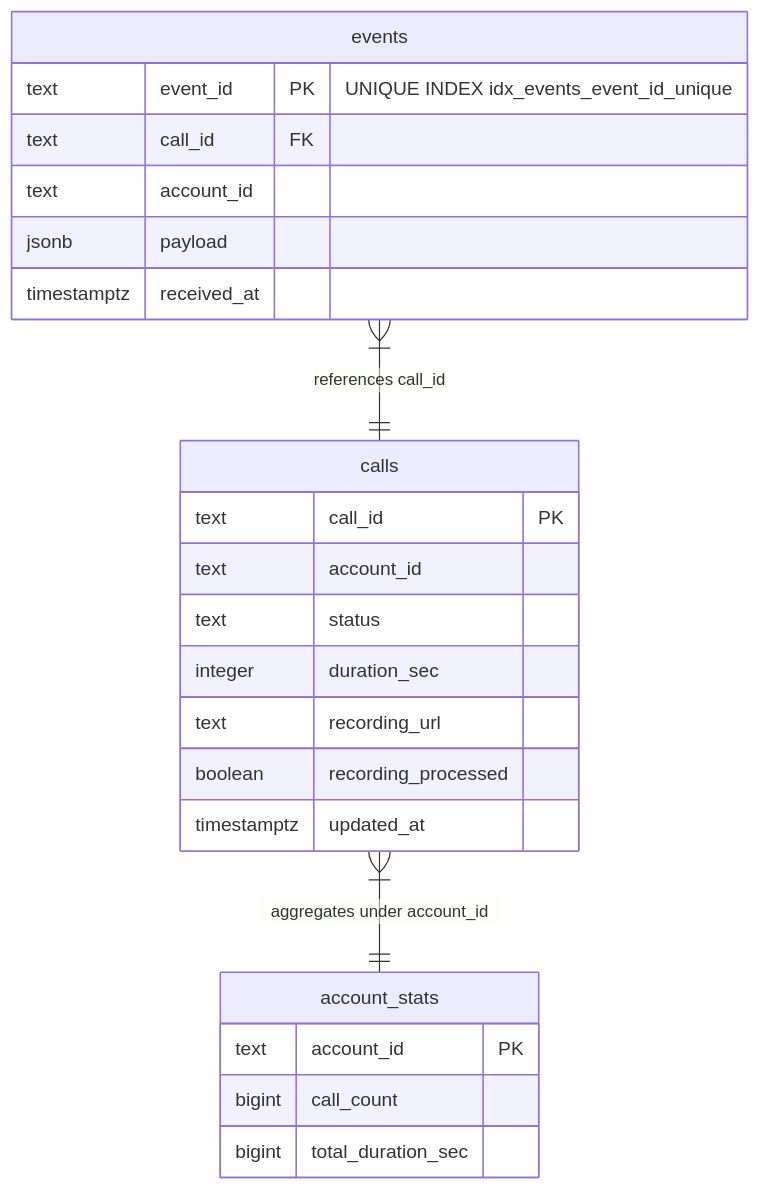
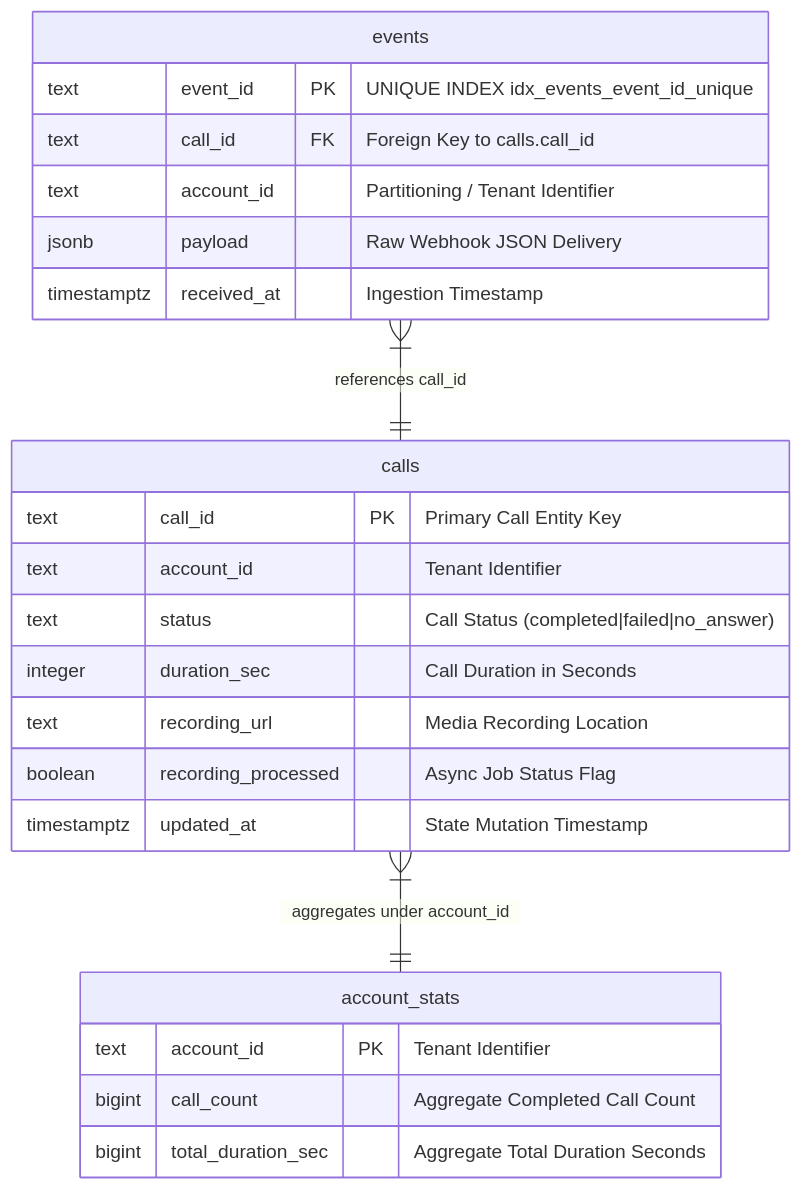
One commit to kamran-asif/Webhook-Ingest changed the first of 2 diagrams in README.md. Above: the diagram before and after it, drawn with Mermaid. The commit also changed other lines of this file and 1 other file, not shown here.

````diff
--- a/README.md
+++ b/README.md
@@ -102,27 +103,27 @@
 ```mermaid
 erDiagram
     events {
         text event_id PK "UNIQUE INDEX idx_events_event_id_unique"
-        text call_id FK
-        text account_id
-        jsonb payload
-        timestamptz received_at
+        text call_id FK "Foreign Key to calls.call_id"
+        text account_id "Partitioning / Tenant Identifier"
+        jsonb payload "Raw Webhook JSON Delivery"
+        timestamptz received_at "Ingestion Timestamp"
     }
     calls {
-        text call_id PK
-        text account_id
-        text status
-        integer duration_sec
-        text recording_url
-        boolean recording_processed
-        timestamptz updated_at
+        text call_id PK "Primary Call Entity Key"
+        text account_id "Tenant Identifier"
+        text status "Call Status (completed|failed|no_answer)"
+        integer duration_sec "Call Duration in Seconds"
+        text recording_url "Media Recording Location"
+        boolean recording_processed "Async Job Status Flag"
+        timestamptz updated_at "State Mutation Timestamp"
     }
     account_stats {
-        text account_id PK
-        bigint call_count
-        bigint total_duration_sec
+        text account_id PK "Tenant Identifier"
+        bigint call_count "Aggregate Completed Call Count"
+        bigint total_duration_sec "Aggregate Total Duration Seconds"
     }
 
     events }|--|| calls : "references call_id"
     calls }|--|| account_stats : "aggregates under account_id"
 ```
````
